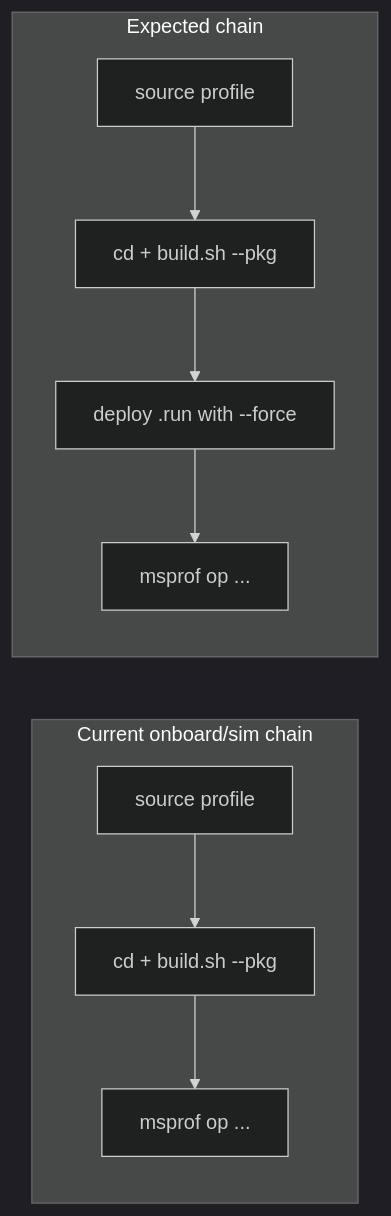
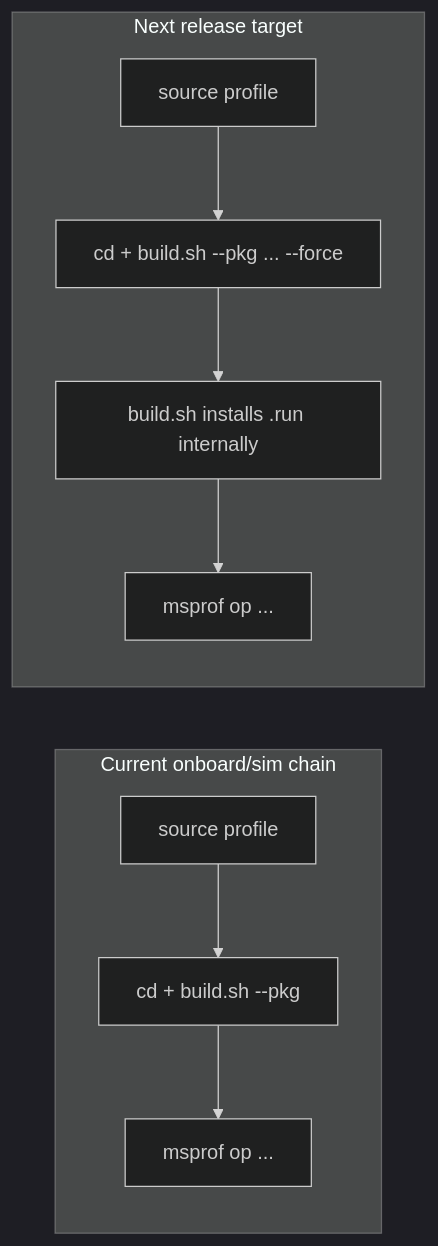
The diagram in docs/user-issues/standard-custom-workflow.md (IdeFrontend/opdev_plugin), drawn with Mermaid (dark theme) before and after one commit. The commit also changed other lines of this file and 4 other files, not shown here.

First line of the commit message:
docs(#10): deploy_run_package snippet and standard-custom workflow guidance

````diff
--- a/docs/user-issues/standard-custom-workflow.md
+++ b/docs/user-issues/standard-custom-workflow.md
@@ -13,12 +14,12 @@
 ```mermaid
 flowchart LR
   subgraph current [Current onboard/sim chain]
     A[source profile] --> B[cd + build.sh --pkg]
     B --> C[msprof op ...]
   end
-  subgraph expected [Expected chain]
-    D[source profile] --> E[cd + build.sh --pkg]
-    E --> F["deploy .run with --force"]
+  subgraph expected [Next release target]
+    D[source profile] --> E["cd + build.sh --pkg ... --force"]
+    E --> F["build.sh installs .run internally"]
     F --> G[msprof op ...]
   end
 ```
````
